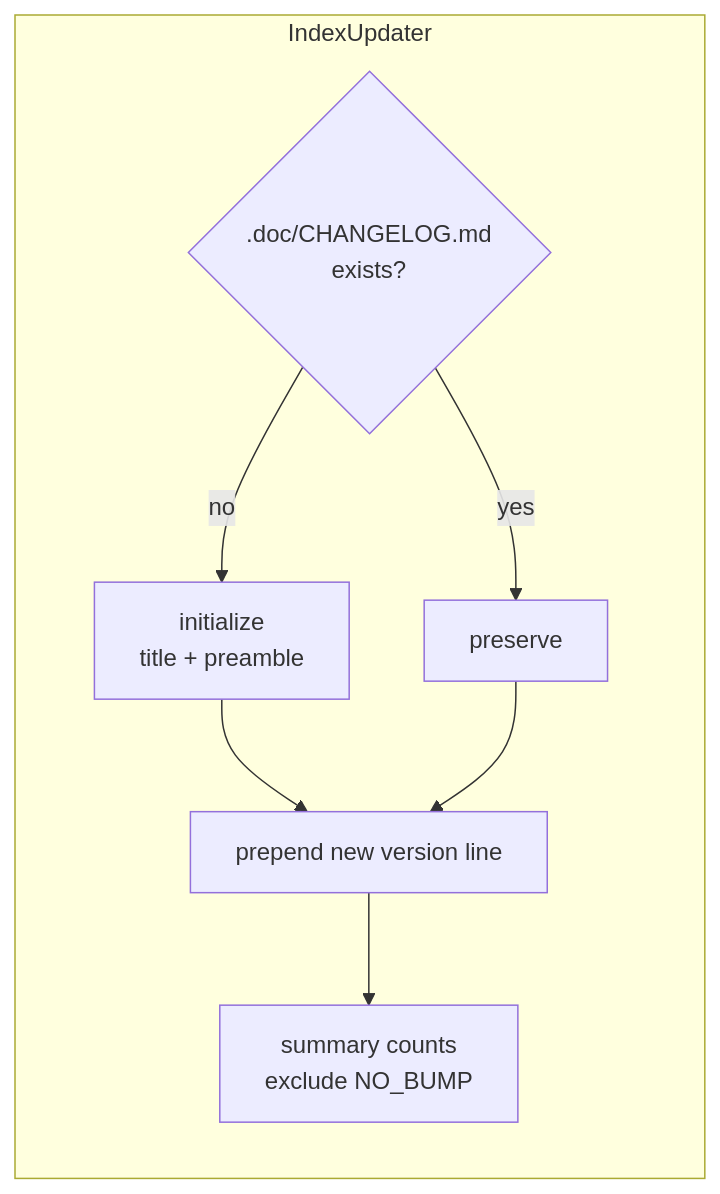
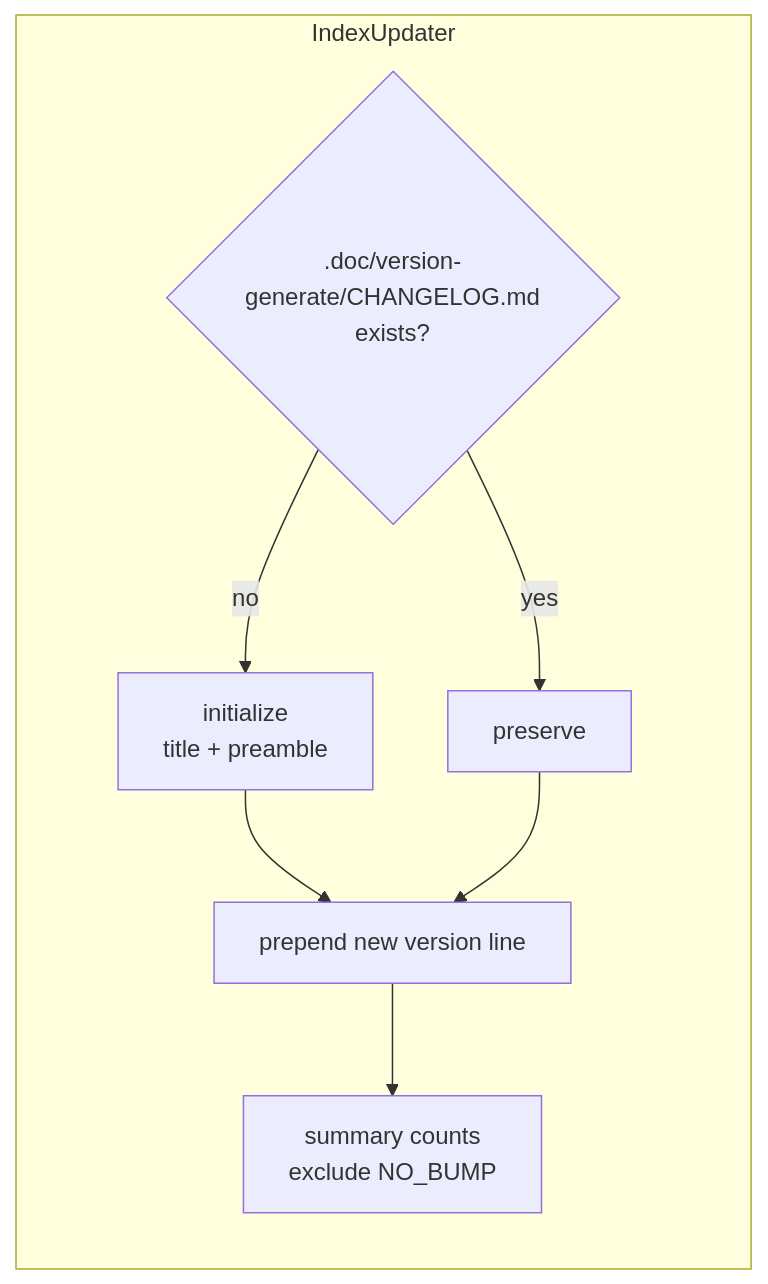
The seventh of 9 diagrams in doc/architecture.md (pardnio/skill-version-generate), drawn with Mermaid before and after one commit. The commit also changed other lines of this file and 9 other files, not shown here.

````diff
--- a/doc/architecture.md
+++ b/doc/architecture.md
@@ -107,10 +107,10 @@
 ```mermaid
 graph LR
     subgraph IndexUpdater
-        Exist{.doc/CHANGELOG.md<br/>exists?} -- no --> Init[initialize<br/>title + preamble]
+        Exist{.doc/version-generate/CHANGELOG.md<br/>exists?} -- no --> Init[initialize<br/>title + preamble]
         Exist -- yes --> Skip[preserve]
         Init --> Prepend
         Skip --> Prepend[prepend new version line]
         Prepend --> Stats[summary counts<br/>exclude NO_BUMP]
     end
 ```
````
